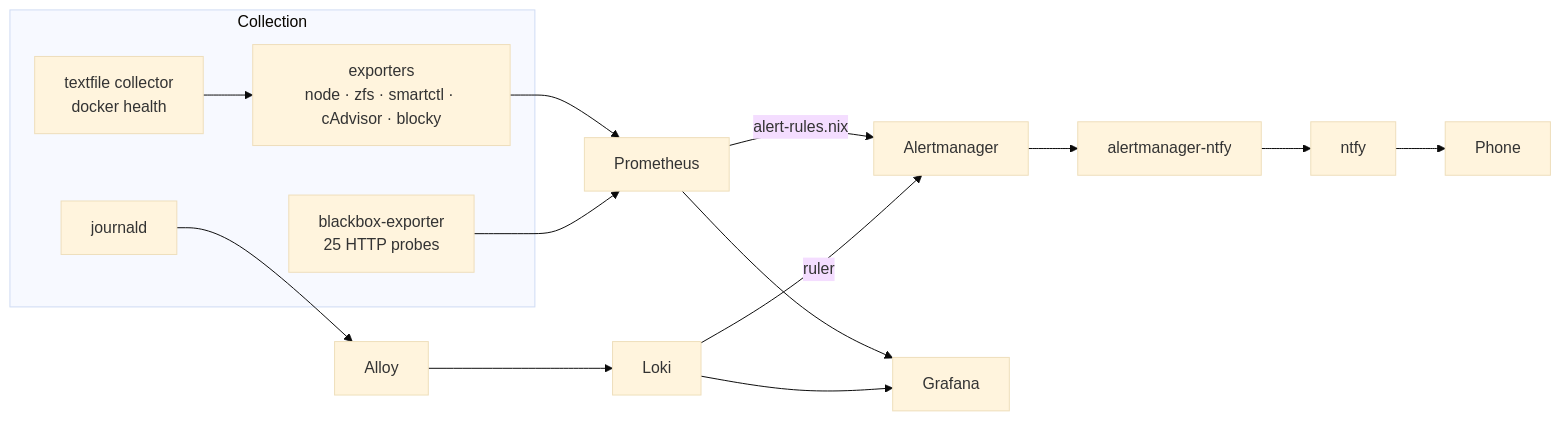
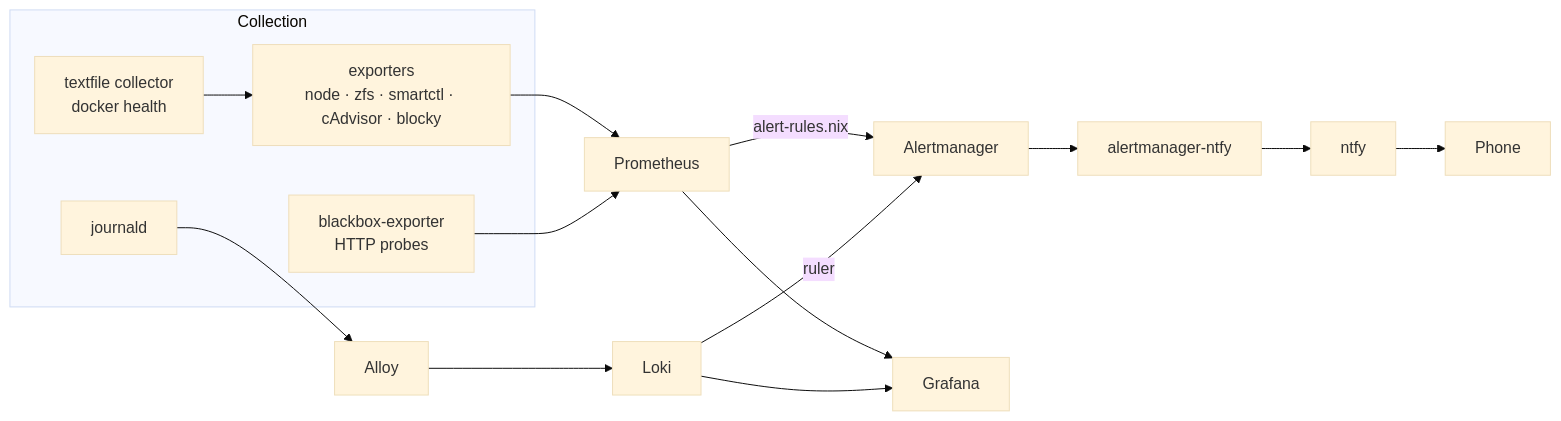
Before and after one commit to edrobertsrayne/nix-config: the diagram in docs/monitoring.md, drawn with Mermaid (base theme). The commit also changed other lines of this file, not shown here.

````diff
--- a/docs/monitoring.md
+++ b/docs/monitoring.md
@@ -12,20 +16,20 @@
 ```mermaid
 flowchart LR
   subgraph collect[Collection]
     E["exporters<br/>node · zfs · smartctl · cAdvisor · blocky"]
     T["textfile collector<br/>docker health"]
-    B["blackbox-exporter<br/>25 HTTP probes"]
+    B["blackbox-exporter<br/>HTTP probes"]
     J["journald"]
   end
 
   E --> P[Prometheus]
   T --> E
   B --> P
   J --> AL[Alloy] --> L[Loki]
 
   P -->|alert-rules.nix| AM[Alertmanager]
   L -->|ruler| AM
   AM --> N[alertmanager-ntfy] --> NT[ntfy] --> Phone
   P --> G[Grafana]
   L --> G
 ```
````
